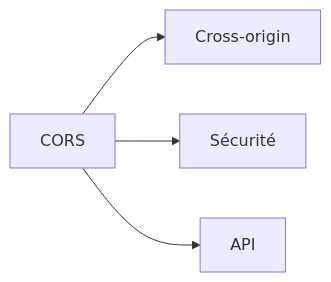
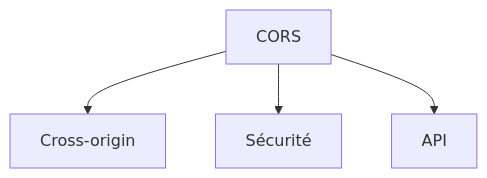
The seventh of 41 diagrams in docs/glossaire/developpement-web.md (zyrass/omnydocs), drawn with Mermaid before and after one commit. The commit also changed other lines of this file and 1780 other files, not shown here.

````diff
--- a/docs/glossaire/developpement-web.md
+++ b/docs/glossaire/developpement-web.md
@@ -144,6 +174,6 @@
-    ```mermaid
-    graph LR
-        A[CORS] --> B[Cross-origin]
-        A --> C[Sécurité]
-        A --> D[API]
-    ```
+```mermaid
+graph TB
+    A[CORS] --> B[Cross-origin]
+    A --> C[Sécurité]
+    A --> D[API]
+```
````
